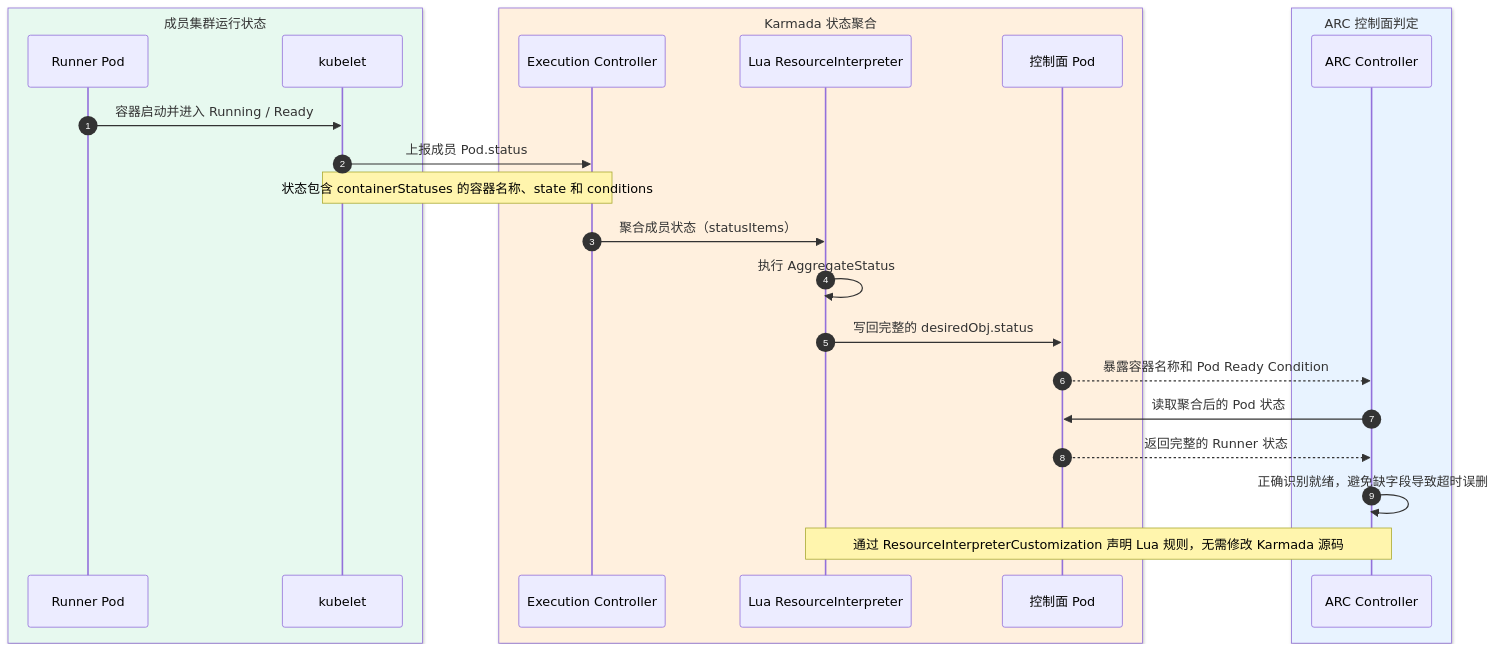
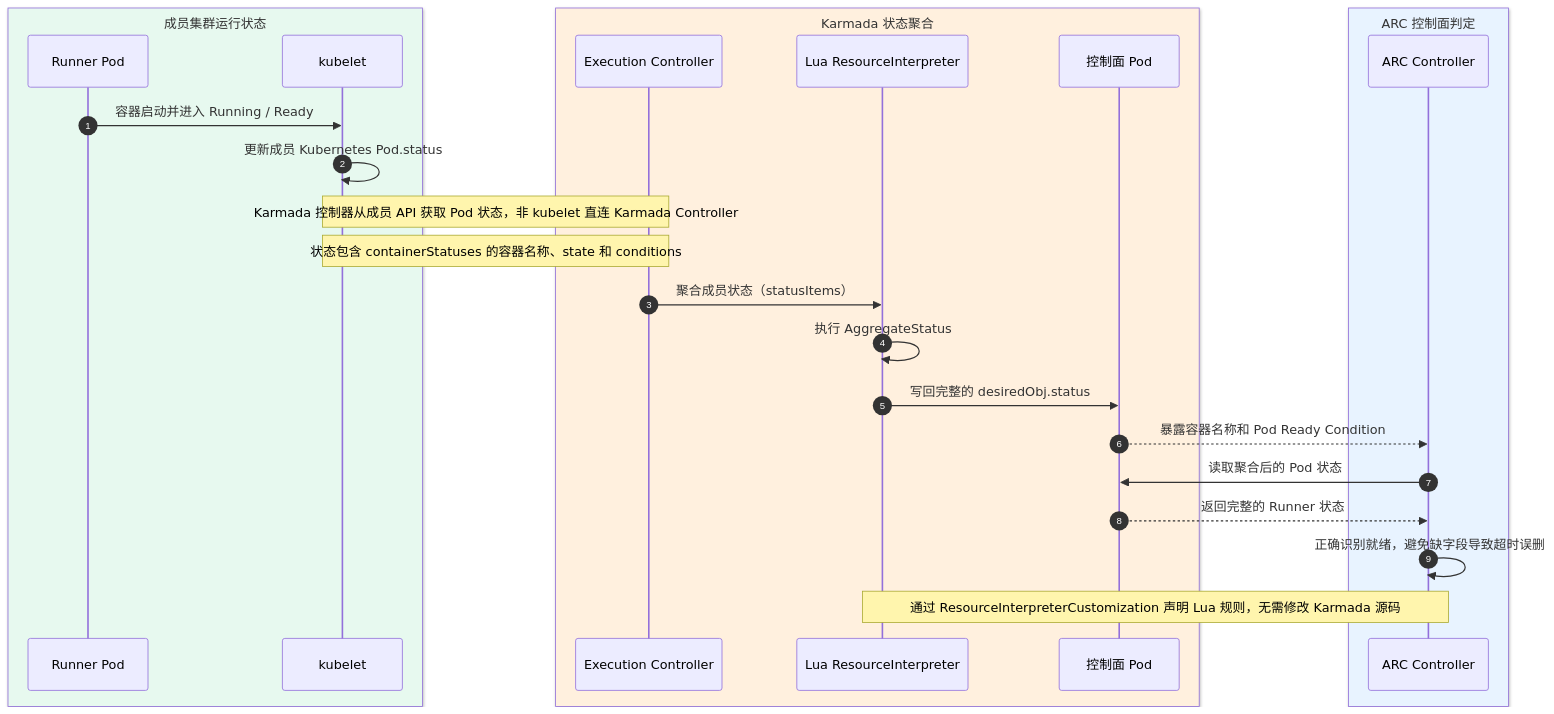
Diagram 13 of 15 in docs/ASCEND-CI-FEDERATED-CLUSTER-FUNCTIONAL-DESIGN.md (pkking/arc-karmada-test), drawn with Mermaid before and after one commit. The commit also changed other lines of this file and 1 other file, not shown here.

First line of the commit message:
docs: 完善 ARC + Karmada 联邦集群功能设计（第 2～5 章）

````diff
--- a/docs/ASCEND-CI-FEDERATED-CLUSTER-FUNCTIONAL-DESIGN.md
+++ b/docs/ASCEND-CI-FEDERATED-CLUSTER-FUNCTIONAL-DESIGN.md
@@ -917,28 +1292,29 @@
 ```mermaid
 sequenceDiagram
     autonumber
     box rgb(231,249,239) 成员集群运行状态
         participant Pod as Runner Pod
         participant Kubelet as kubelet
     end
     box rgb(255,240,222) Karmada 状态聚合
         participant EC as Execution Controller
         participant RI as Lua ResourceInterpreter
         participant CP as 控制面 Pod
     end
     box rgb(232,243,255) ARC 控制面判定
         participant ARC as ARC Controller
     end
 
     Pod->>Kubelet: 容器启动并进入 Running / Ready
-    Kubelet->>EC: 上报成员 Pod.status
+    Kubelet->>Kubelet: 更新成员 Kubernetes Pod.status
+    Note over Kubelet,EC: Karmada 控制器从成员 API 获取 Pod 状态，非 kubelet 直连 Karmada Controller
     Note over Kubelet,EC: 状态包含 containerStatuses 的容器名称、state 和 conditions
     EC->>RI: 聚合成员状态（statusItems）
     RI->>RI: 执行 AggregateStatus
     RI->>CP: 写回完整的 desiredObj.status
     CP-->>ARC: 暴露容器名称和 Pod Ready Condition
     ARC->>CP: 读取聚合后的 Pod 状态
     CP-->>ARC: 返回完整的 Runner 状态
     ARC->>ARC: 正确识别就绪，避免缺字段导致超时误删
     Note over RI,ARC: 通过 ResourceInterpreterCustomization 声明 Lua 规则，无需修改 Karmada 源码
 ```
````
